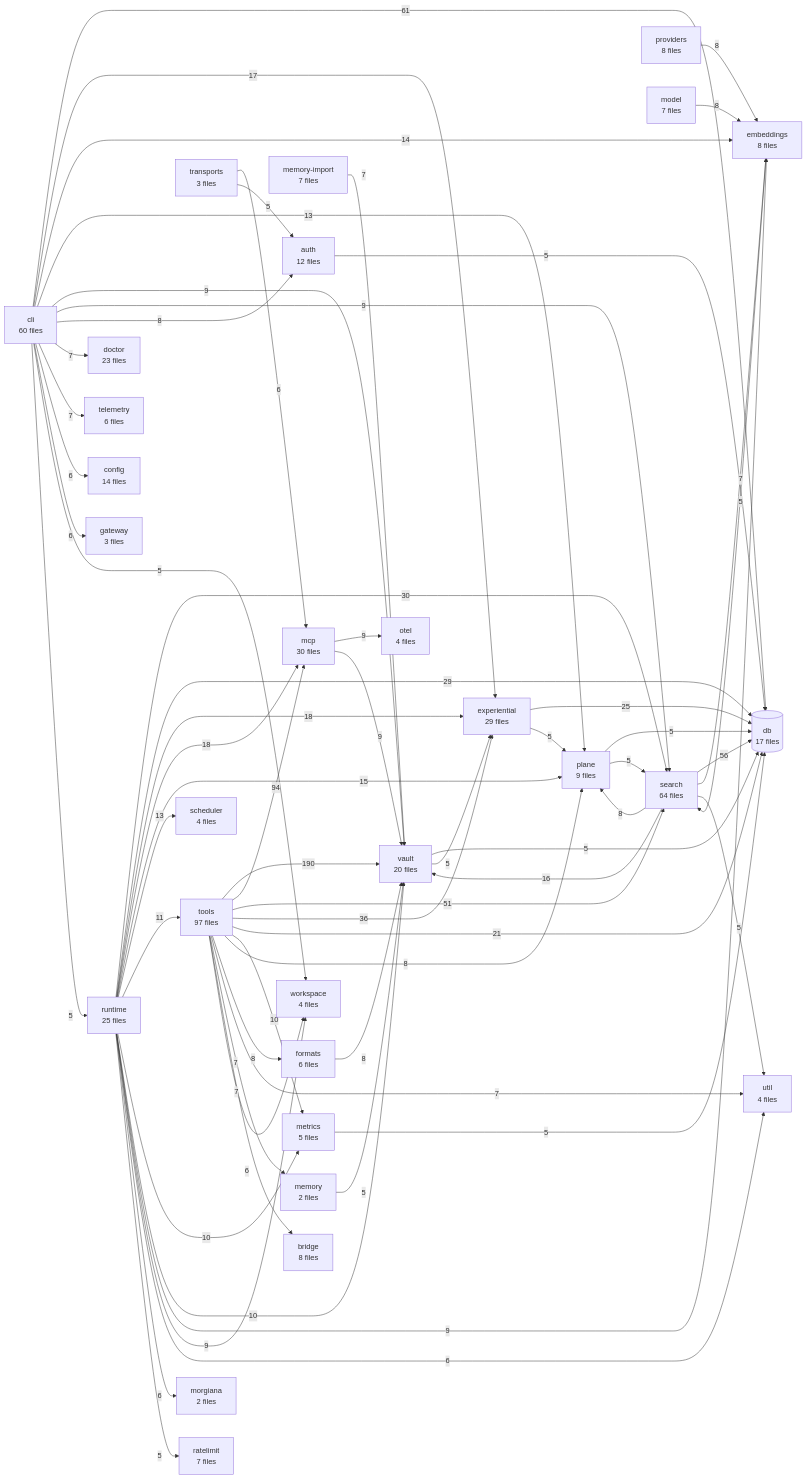
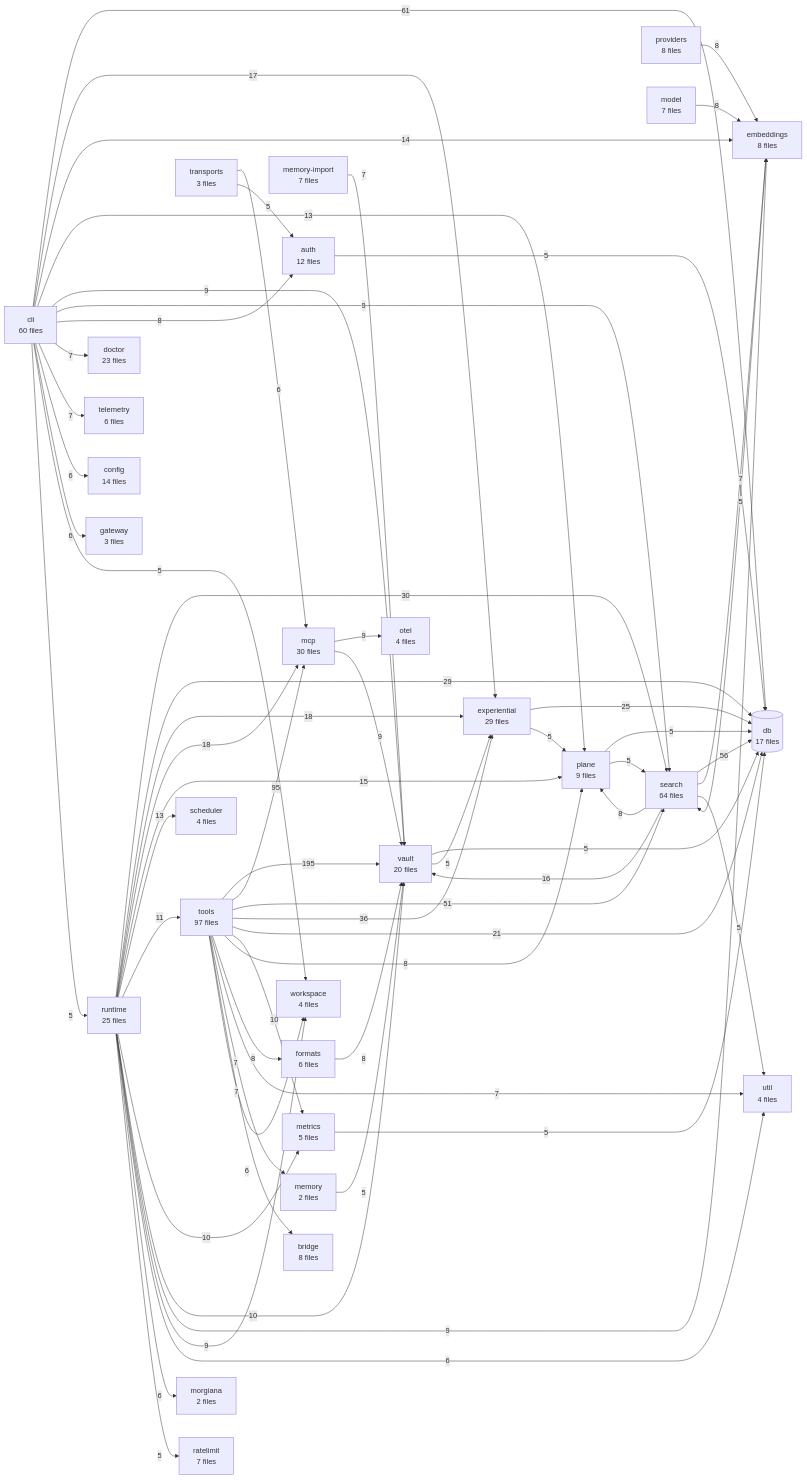
The diagram in TREE.md (The-40-Thieves/obsidian-tc), drawn with Mermaid before and after one commit. The commit also changed other lines of this file and 1 other file, not shown here.

Commit message:
docs: regenerate TREE.md and the dependency graph after rebasing onto main

```diff
--- a/TREE.md
+++ b/TREE.md
@@ -358,8 +358,8 @@
   memory[memory<br/>2 files]
   morgiana[morgiana<br/>2 files]
 
-  tools -->|190| vault
-  tools -->|94| mcp
+  tools -->|195| vault
+  tools -->|95| mcp
   cli -->|61| db
   search -->|56| db
   tools -->|51| search
```
